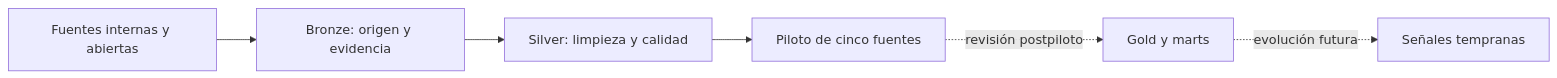
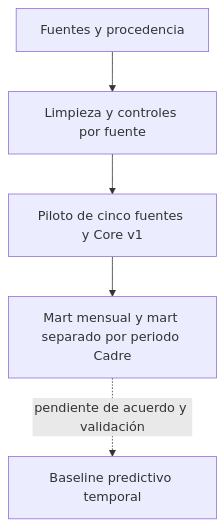
One commit to wmg2506/niger-anticipatory-action-portfolio changed the diagram in README_ES.md. Above: the diagram before and after it, drawn with Mermaid. The commit also changed other lines of this file, not shown here.

Commit message:
Document Core v1, Cadre Harmonisé exploratory work and predictive limits

````diff
--- a/README_ES.md
+++ b/README_ES.md
@@ -117,8 +135,7 @@
 ```mermaid
-flowchart LR
-    A["Fuentes internas y abiertas"] --> B["Bronze: origen y evidencia"]
-    B --> C["Silver: limpieza y calidad"]
-    C --> D["Piloto de cinco fuentes"]
-    D -. revisión postpiloto .-> E["Gold y marts"]
-    E -. evolución futura .-> F["Señales tempranas"]
+flowchart TD
+    A["Fuentes y procedencia"] --> B["Limpieza y controles por fuente"]
+    B --> C["Piloto de cinco fuentes y Core v1"]
+    C --> D["Mart mensual y mart separado por periodo Cadre"]
+    D -. pendiente de acuerdo y validación .-> E["Baseline predictivo temporal"]
 ```
````
